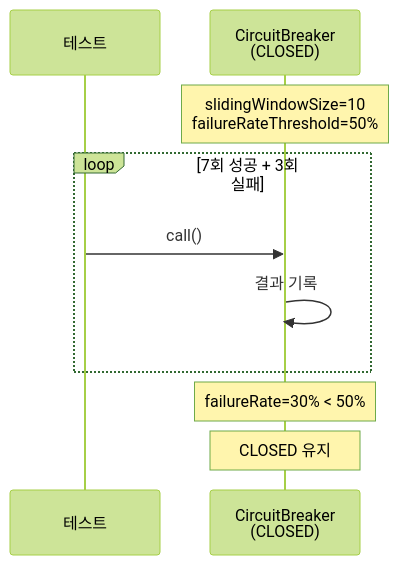
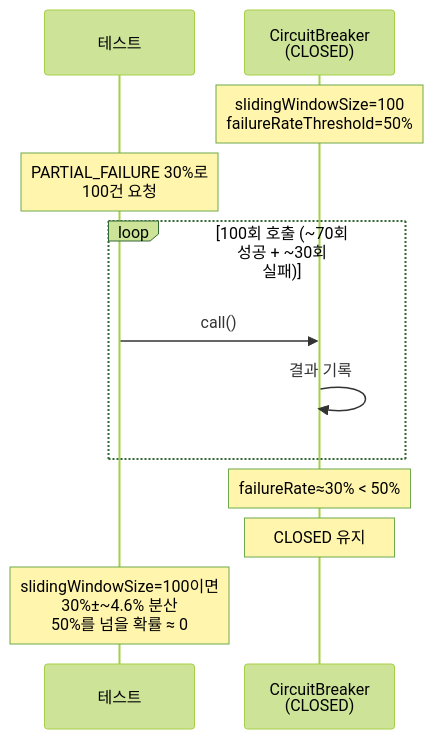
Before and after one commit to ghtjr410/pg-mock-server: the second of 25 diagrams in example/src/test/java/com/example/resilience/circuitbreaker/README.md, drawn with Mermaid (forest theme). The commit also changed 1 other file, not shown here.

Commit message:
fix: PARTIAL_FAILURE 테스트 간헐 실패 해소 — slidingWindowSize 100으로 확대
slidingWindowSize=10에서 30% 확률 실패 시 윈도우 내 편차가 커서
50% threshold를 우연히 넘는 경우가 있었다(P≈15%).
윈도우를 100으로 키워 분산을 억제(30%±~4.6%)하여 안정화.

````diff
--- a/example/src/test/java/com/example/resilience/circuitbreaker/README.md
+++ b/example/src/test/java/com/example/resilience/circuitbreaker/README.md
@@ -38,15 +38,19 @@
 ```mermaid
 sequenceDiagram
     participant Test as 테스트
     participant CB as CircuitBreaker<br/>(CLOSED)
 
-    Note over CB: slidingWindowSize=10<br/>failureRateThreshold=50%
+    Note over CB: slidingWindowSize=100<br/>failureRateThreshold=50%
 
-    loop 7회 성공 + 3회 실패
+    Note over Test: PARTIAL_FAILURE 30%로<br/>100건 요청
+
+    loop 100회 호출 (~70회 성공 + ~30회 실패)
         Test->>CB: call()
         CB->>CB: 결과 기록
     end
 
-    Note over CB: failureRate=30% < 50%
+    Note over CB: failureRate≈30% < 50%
     Note over CB: CLOSED 유지
+
+    Note over Test: slidingWindowSize=100이면<br/>30%±~4.6% 분산<br/>50%를 넘을 확률 ≈ 0
 ```
````
